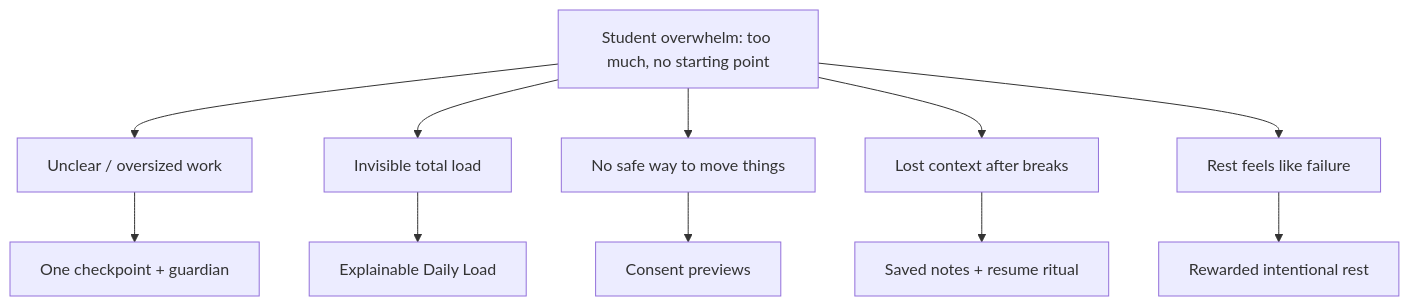
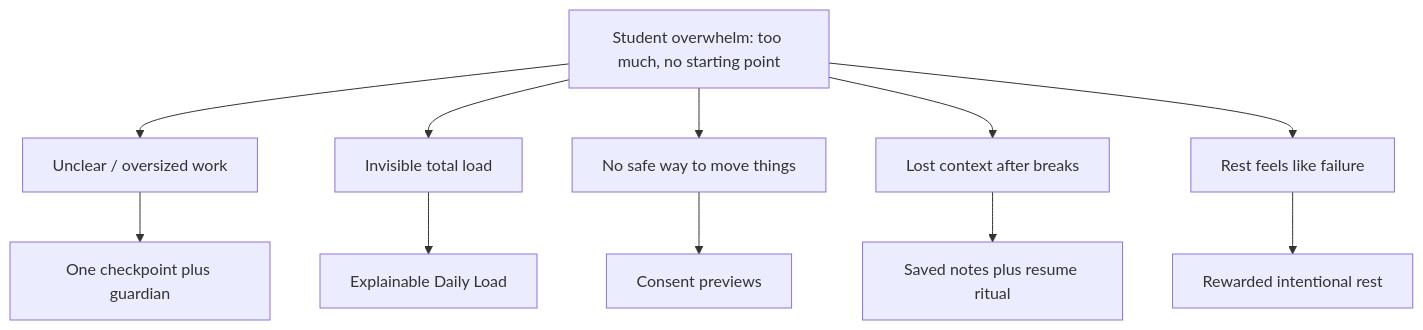
The first of 2 diagrams in SUBMISSION.md (CSL06/PaceTown), drawn with Mermaid before and after one commit. The commit also changed other lines of this file, not shown here.

````diff
--- a/SUBMISSION.md
+++ b/SUBMISSION.md
@@ -60,14 +60,14 @@
 ```mermaid
 flowchart TB
     P[Student overwhelm: too much, no starting point]
     P --> C1[Unclear / oversized work]
     P --> C2[Invisible total load]
     P --> C3[No safe way to move things]
     P --> C4[Lost context after breaks]
     P --> C5[Rest feels like failure]
-    C1 --> S1[One checkpoint + guardian]
+    C1 --> S1[One checkpoint plus guardian]
     C2 --> S2[Explainable Daily Load]
     C3 --> S3[Consent previews]
-    C4 --> S4[Saved notes + resume ritual]
+    C4 --> S4[Saved notes plus resume ritual]
     C5 --> S5[Rewarded intentional rest]
 ```
````
